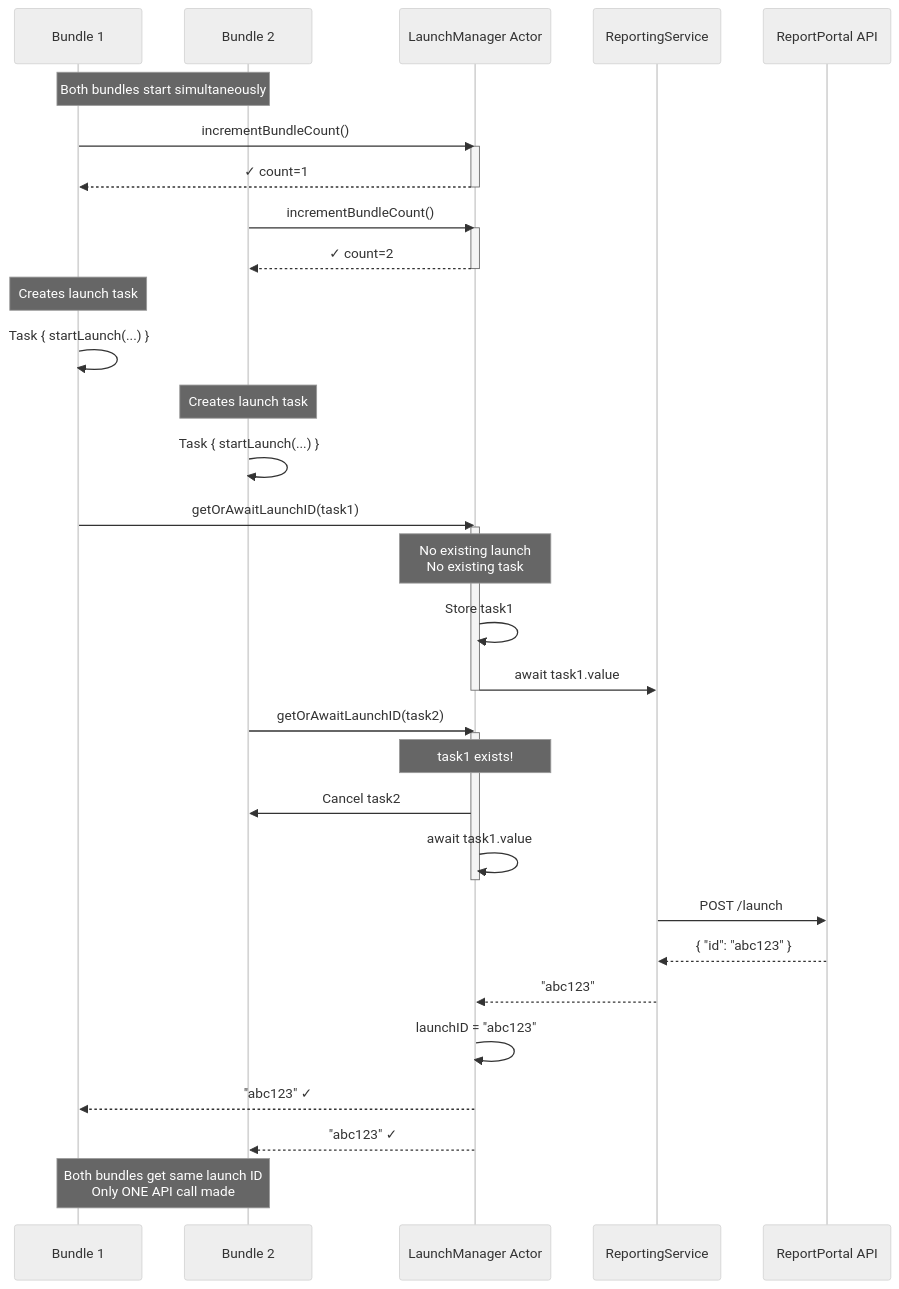
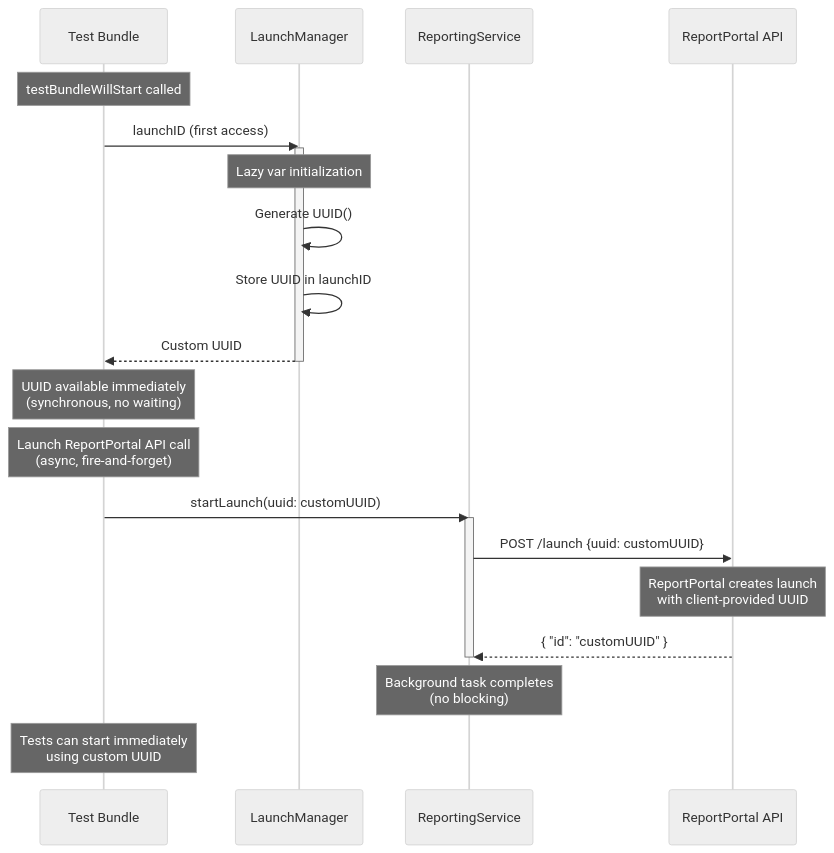
Before and after one commit to reportportal/agent-swift-XCTest: the fifth of 10 diagrams in ARCHITECTURE.md, drawn with Mermaid (neutral theme). The commit also changed other lines of this file and 10 other files, not shown here.

First line of the commit message:
Simplify LaunchManager and remove status aggregation

````diff
--- a/ARCHITECTURE.md
+++ b/ARCHITECTURE.md
@@ -363,50 +366,29 @@
 ```mermaid
 sequenceDiagram
-    participant B1 as Bundle 1
-    participant B2 as Bundle 2
-    participant LM as LaunchManager Actor
+    participant B1 as Test Bundle
+    participant LM as LaunchManager
     participant RS as ReportingService
     participant RP as ReportPortal API
 
-    Note over B1,B2: Both bundles start simultaneously
+    Note over B1: testBundleWillStart called
 
-    B1->>LM: incrementBundleCount()
+    B1->>LM: launchID (first access)
     activate LM
-    LM-->>B1: ✓ count=1
+    Note over LM: Lazy var initialization
+    LM->>LM: Generate UUID()
+    LM->>LM: Store UUID in launchID
+    LM-->>B1: Custom UUID
     deactivate LM
+    Note over B1: UUID available immediately<br/>(synchronous, no waiting)
 
-    B2->>LM: incrementBundleCount()
-    activate LM
-    LM-->>B2: ✓ count=2
-    deactivate LM
+    Note over B1: Launch ReportPortal API call<br/>(async, fire-and-forget)
+    B1->>RS: startLaunch(uuid: customUUID)
+    activate RS
+    RS->>RP: POST /launch {uuid: customUUID}
+    Note over RP: ReportPortal creates launch<br/>with client-provided UUID
+    RP-->>RS: { "id": "customUUID" }
+    deactivate RS
+    Note over RS: Background task completes<br/>(no blocking)
 
-    Note over B1: Creates launch task
-    B1->>B1: Task { startLaunch(...) }
-
-    Note over B2: Creates launch task
-    B2->>B2: Task { startLaunch(...) }
-
-    B1->>LM: getOrAwaitLaunchID(task1)
-    activate LM
-    Note over LM: No existing launch<br/>No existing task
-    LM->>LM: Store task1
-    LM->>RS: await task1.value
-    deactivate LM
-
-    B2->>LM: getOrAwaitLaunchID(task2)
-    activate LM
-    Note over LM: task1 exists!
-    LM->>B2: Cancel task2
-    LM->>LM: await task1.value
-    deactivate LM
-
-    RS->>RP: POST /launch
-    RP-->>RS: { "id": "abc123" }
-    RS-->>LM: "abc123"
-
-    LM->>LM: launchID = "abc123"
-    LM-->>B1: "abc123" ✓
-    LM-->>B2: "abc123" ✓
-
-    Note over B1,B2: Both bundles get same launch ID<br/>Only ONE API call made
+    Note over B1: Tests can start immediately<br/>using custom UUID
 ```
````
